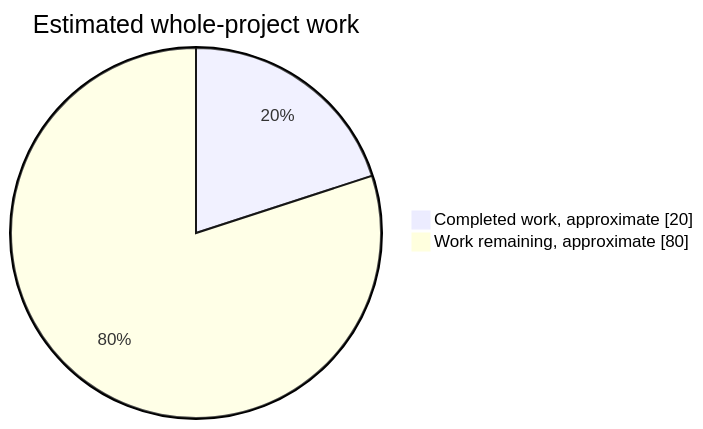
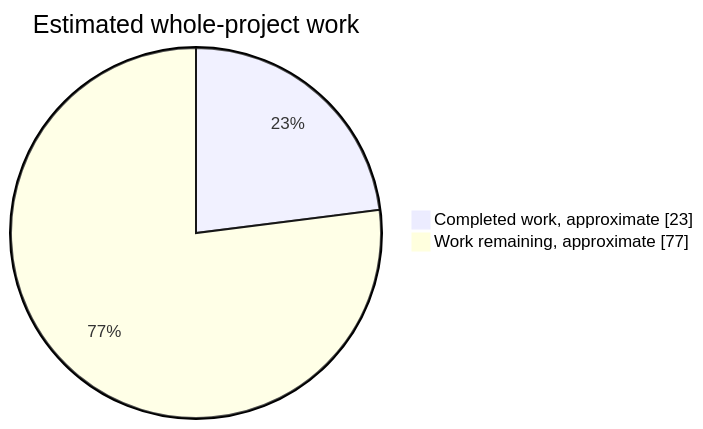
One commit to NachtRaveVL/stuntracefx changed the first of 2 diagrams in readme.md. Above: the diagram before and after it, drawn with Mermaid. The commit also changed other lines of this file and 23 other files, not shown here.

````diff
--- a/readme.md
+++ b/readme.md
@@ -56,6 +56,6 @@
 ```mermaid
 pie showData
     title Estimated whole-project work
-    "Completed work, approximate" : 20
-    "Work remaining, approximate" : 80
+    "Completed work, approximate" : 23
+    "Work remaining, approximate" : 77
 ```
````
